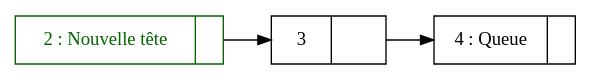
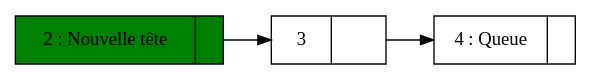
Before and after one commit to Sabibou/Cours_L2_Info: the third of 8 diagrams in Algorithmique/Cours-complet.md, drawn with Graphviz. The commit also changed other lines of this file, not shown here.

````diff
--- a/Algorithmique/Cours-complet.md
+++ b/Algorithmique/Cours-complet.md
@@ -287,13 +287,13 @@
 ```dot
 digraph G {
 	rankdir=LR;
 	node [shape=record];
-	b [label="{ <data> 2 : Nouvelle tête | <ref>  }", width=1.2, color="darkgreen", fontcolor="darkgreen"]
+	b [label="{ <data> 2 : Nouvelle tête | <ref>  }", width=1.2, style=filled, fillcolor=green]
 	c [label="{ <data> 3 | <ref>  }", width=1.2]
 	d [label="{ <data> 4 : Queue | <ref>  }", width=1.2]
 
 	b:ref -> c
 	c:ref -> d
 
 }
 ```
````
